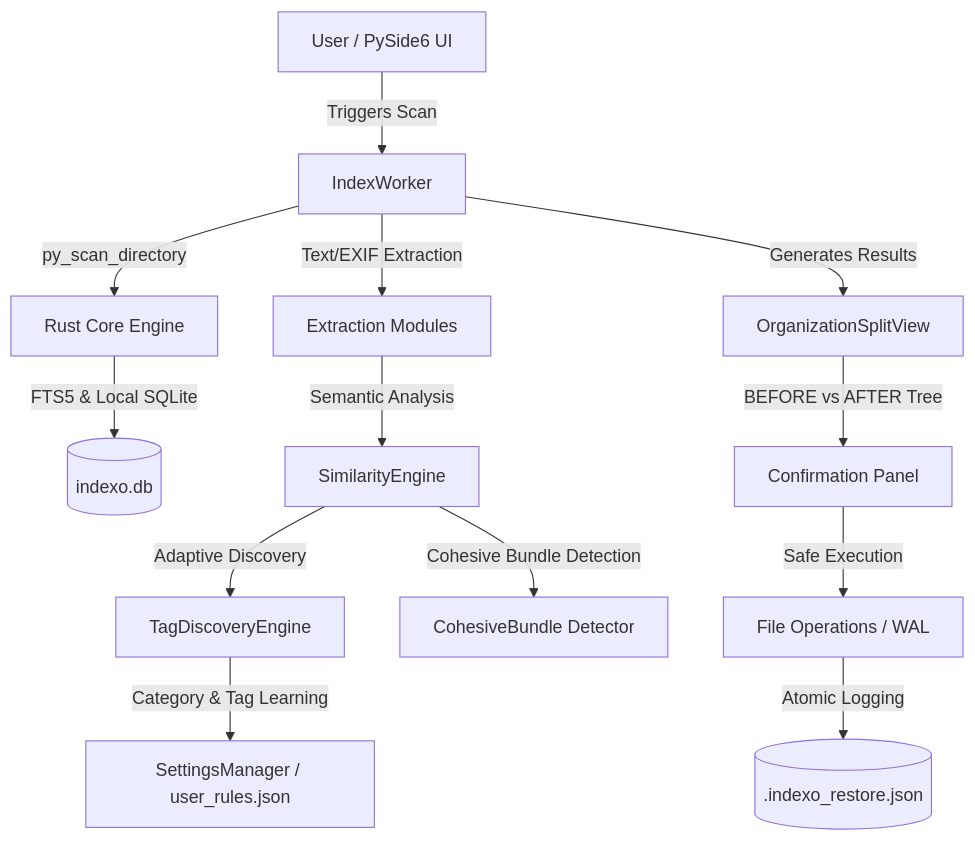
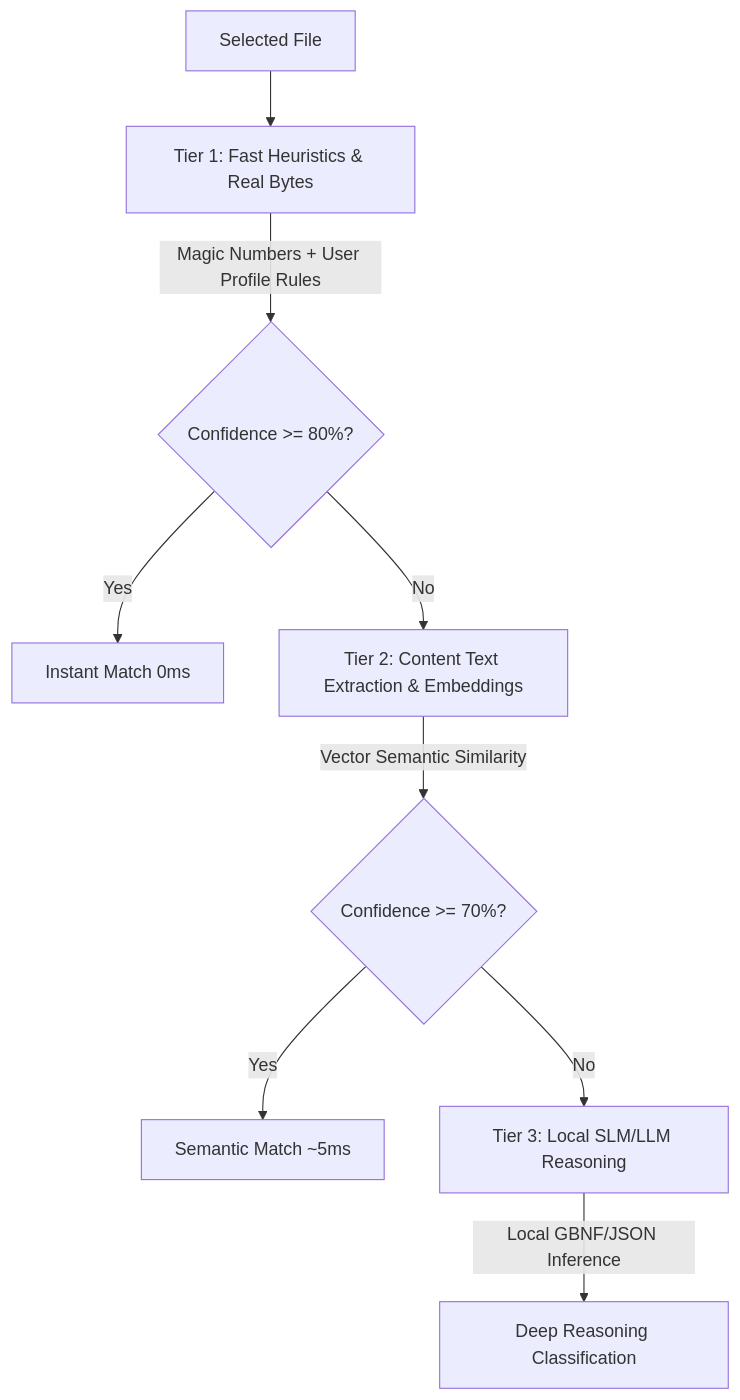
The first of 2 diagrams in README_EN.md (pongitV/Indexo), drawn with Mermaid before and after one commit. The commit also changed other lines of this file and 185 other files, not shown here.

Commit message:
feat(main): migrar estrutura principal para nova versao Indexo (Tauri 2 + Svelte 5 + Rust)

````diff
--- a/README_EN.md
+++ b/README_EN.md
@@ -48,20 +74,11 @@
 ```mermaid
 graph TD
-    A[User / PySide6 UI] -->|Triggers Scan| B[IndexWorker]
-    B -->|py_scan_directory| C[Rust Core Engine]
-    C -->|FTS5 & Local SQLite| D[(indexo.db)]
-    
-    B -->|Text/EXIF Extraction| E[Extraction Modules]
-    E -->|Semantic Analysis| F[SimilarityEngine]
-    
-    F -->|Adaptive Discovery| G[TagDiscoveryEngine]
-    G -->|Category & Tag Learning| H[SettingsManager / user_rules.json]
-    
-    F -->|Cohesive Bundle Detection| I[CohesiveBundle Detector]
-    
-    B -->|Generates Results| J[OrganizationSplitView]
-    J -->|BEFORE vs AFTER Tree| K[Confirmation Panel]
-    
-    K -->|Safe Execution| L[File Operations / WAL]
-    L -->|Atomic Logging| M[(.indexo_restore.json)]
+    A[Selected File] --> B[Tier 1: Fast Heuristics & Real Bytes]
+    B -->|Magic Numbers + User Profile Rules| Z{Confidence >= 80%?}
+    Z -->|Yes| R1[Instant Match 0ms]
+    Z -->|No| C[Tier 2: Content Text Extraction & Embeddings]
+    C -->|Vector Semantic Similarity| Y{Confidence >= 70%?}
+    Y -->|Yes| R2[Semantic Match ~5ms]
+    Y -->|No| D[Tier 3: Local SLM/LLM Reasoning]
+    D -->|Local GBNF/JSON Inference| R3[Deep Reasoning Classification]
 ```
````
